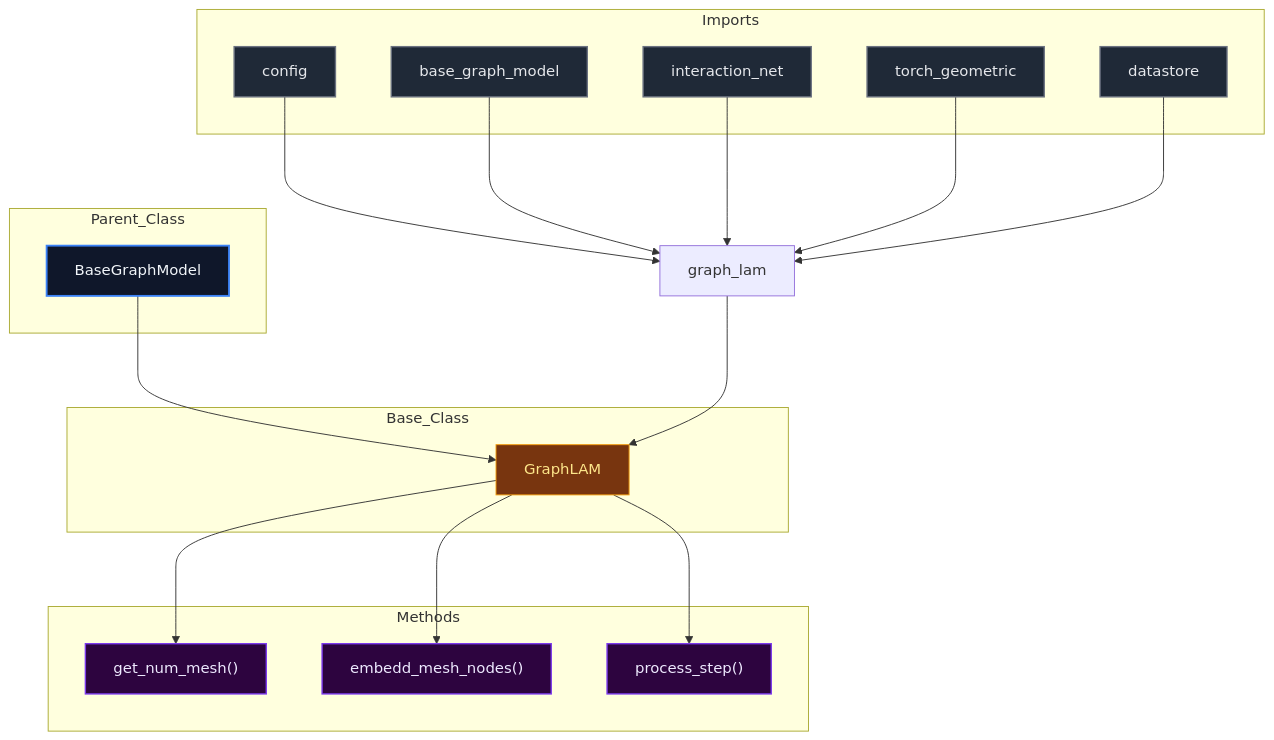
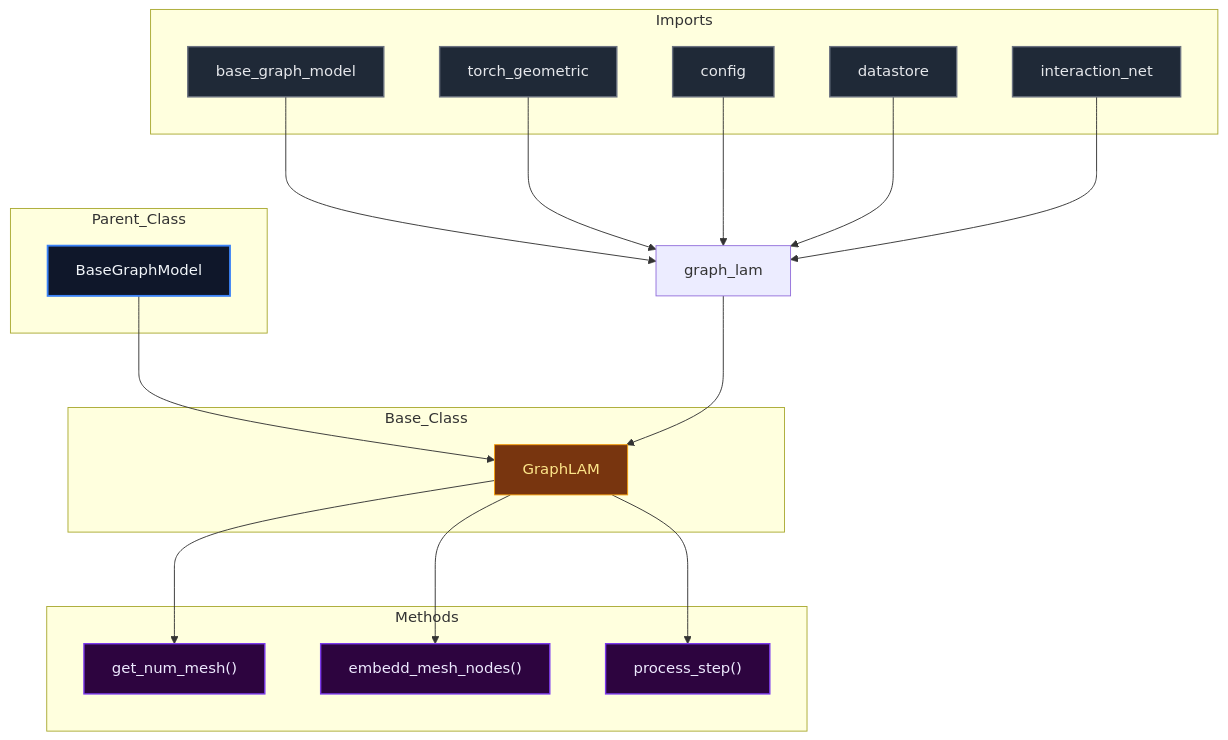
The diagram in docs/diagrams/graph_lam_diagram.md (mllam/neural-lam), drawn with Mermaid before and after one commit. The commit also changed 18 other files, not shown here.

Commit message:
Auto-update Mermaid diagrams

````diff
--- a/docs/diagrams/graph_lam_diagram.md
+++ b/docs/diagrams/graph_lam_diagram.md
@@ -1,52 +1,52 @@
 ```mermaid
 %%{init: {'flowchart': {'nodeSpacing': 60, 'rankSpacing': 80}}}%%
 flowchart TD
 
 module["graph_lam"]
 
 subgraph Parent_Class
     BaseGraphModel["BaseGraphModel"]
 end
 
 subgraph Base_Class
     GraphLAM["GraphLAM"]
 end
 
     BaseGraphModel --> GraphLAM
 
 subgraph Imports
+    base_graph_model["base_graph_model"]
+    torch_geometric["torch_geometric"]
     config["config"]
-    base_graph_model["base_graph_model"]
+    datastore["datastore"]
     interaction_net["interaction_net"]
-    torch_geometric["torch_geometric"]
-    datastore["datastore"]
 end
 
+    base_graph_model --> module
+    torch_geometric --> module
     config --> module
-    base_graph_model --> module
+    datastore --> module
     interaction_net --> module
-    torch_geometric --> module
-    datastore --> module
     module --> GraphLAM
 
 subgraph Methods
     GraphLAM_get_num_mesh["get_num_mesh()"]
     GraphLAM_embedd_mesh_nodes["embedd_mesh_nodes()"]
     GraphLAM_process_step["process_step()"]
 end
 
     GraphLAM --> GraphLAM_get_num_mesh
     GraphLAM --> GraphLAM_embedd_mesh_nodes
     GraphLAM --> GraphLAM_process_step
 
 classDef parent fill:#0f172a,stroke:#3b82f6,stroke-width:2px,color:#f1f5f9,font-size:16px
 classDef base fill:#78350f,stroke:#f59e0b,stroke-width:1px,color:#fde68a,font-size:16px
 classDef import fill:#1f2937,stroke:#6b7280,stroke-width:1.5px,color:#e5e7eb,font-size:16px
 classDef method fill:#2d043f,stroke:#7c3aed,stroke-width:1.5px,color:#ede9fe,font-size:16px
 classDef callNode fill:#064e3b,stroke:#10b981,stroke-width:1.5px,color:#d1fae5,font-size:16px
 class BaseGraphModel parent
 class GraphLAM base
-class config,base_graph_model,interaction_net,torch_geometric,datastore import
+class base_graph_model,torch_geometric,config,datastore,interaction_net import
 class GraphLAM_get_num_mesh,GraphLAM_embedd_mesh_nodes,GraphLAM_process_step method
 
 ```
````
